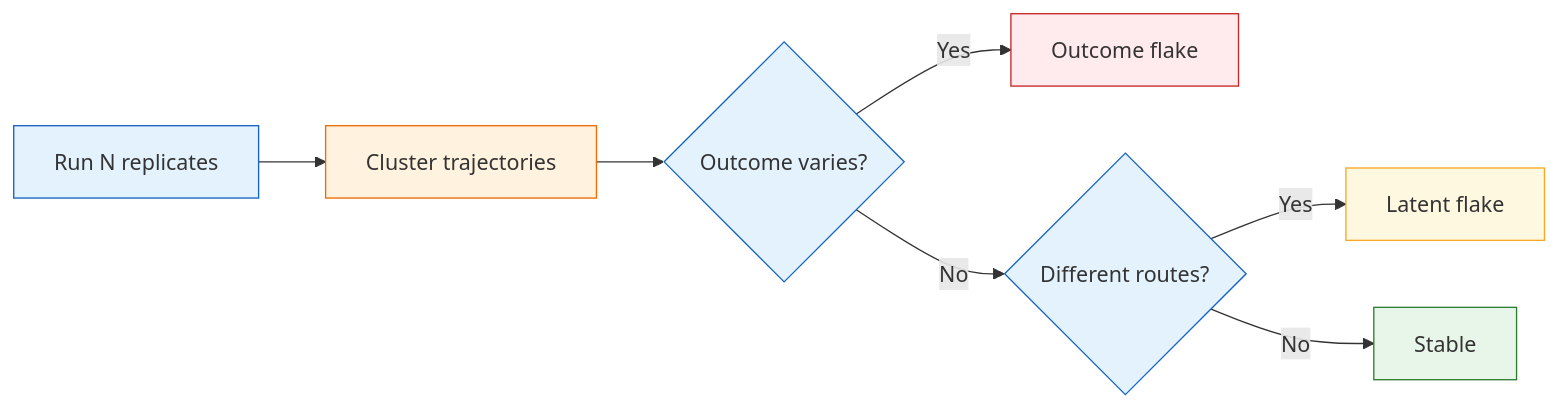
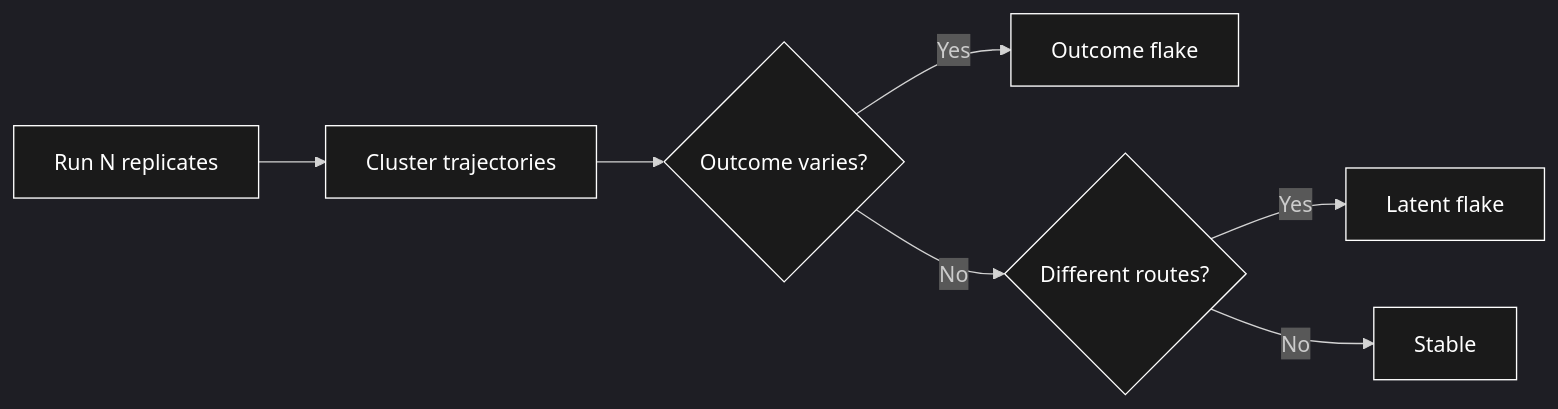
The fourth of 11 diagrams in README.md (Mehul-bisht-0/Driftbench--AI-regression-testing-harness), drawn with Mermaid before and after one commit. The commit also changed other lines of this file, not shown here.

````diff
--- a/README.md
+++ b/README.md
@@ -220,17 +223,18 @@
 ```mermaid
+%%{init: {"theme": "dark"}}%%
 flowchart LR
     A["Run N replicates"] --> B["Cluster trajectories"]
     B --> C{"Outcome varies?"}
     C -->|"Yes"| D["Outcome flake"]
     C -->|"No"| E{"Different routes?"}
     E -->|"Yes"| F["Latent flake"]
     E -->|"No"| G["Stable"]
 
-    style A fill:#e3f2fd,stroke:#1565c0
-    style B fill:#fff3e0,stroke:#ef6c00
-    style C fill:#e3f2fd,stroke:#1565c0
-    style D fill:#ffebee,stroke:#c62828
-    style E fill:#e3f2fd,stroke:#1565c0
-    style F fill:#fff8e1,stroke:#f9a825
-    style G fill:#e8f5e9,stroke:#2e7d32
+    style A fill:#1a1a1a,stroke:#ffffff,color:#ffffff
+    style B fill:#1a1a1a,stroke:#ffffff,color:#ffffff
+    style C fill:#1a1a1a,stroke:#ffffff,color:#ffffff
+    style D fill:#1a1a1a,stroke:#ffffff,color:#ffffff
+    style E fill:#1a1a1a,stroke:#ffffff,color:#ffffff
+    style F fill:#1a1a1a,stroke:#ffffff,color:#ffffff
+    style G fill:#1a1a1a,stroke:#ffffff,color:#ffffff
 ```
````
